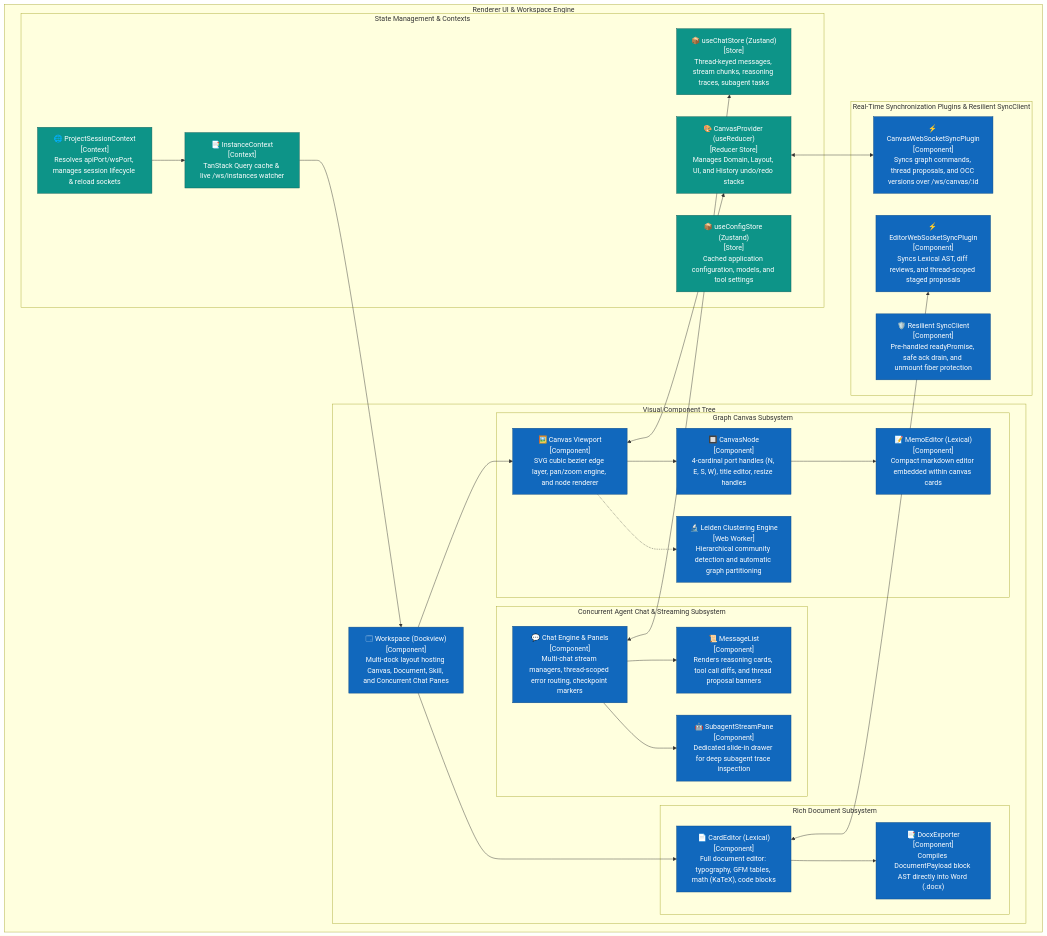
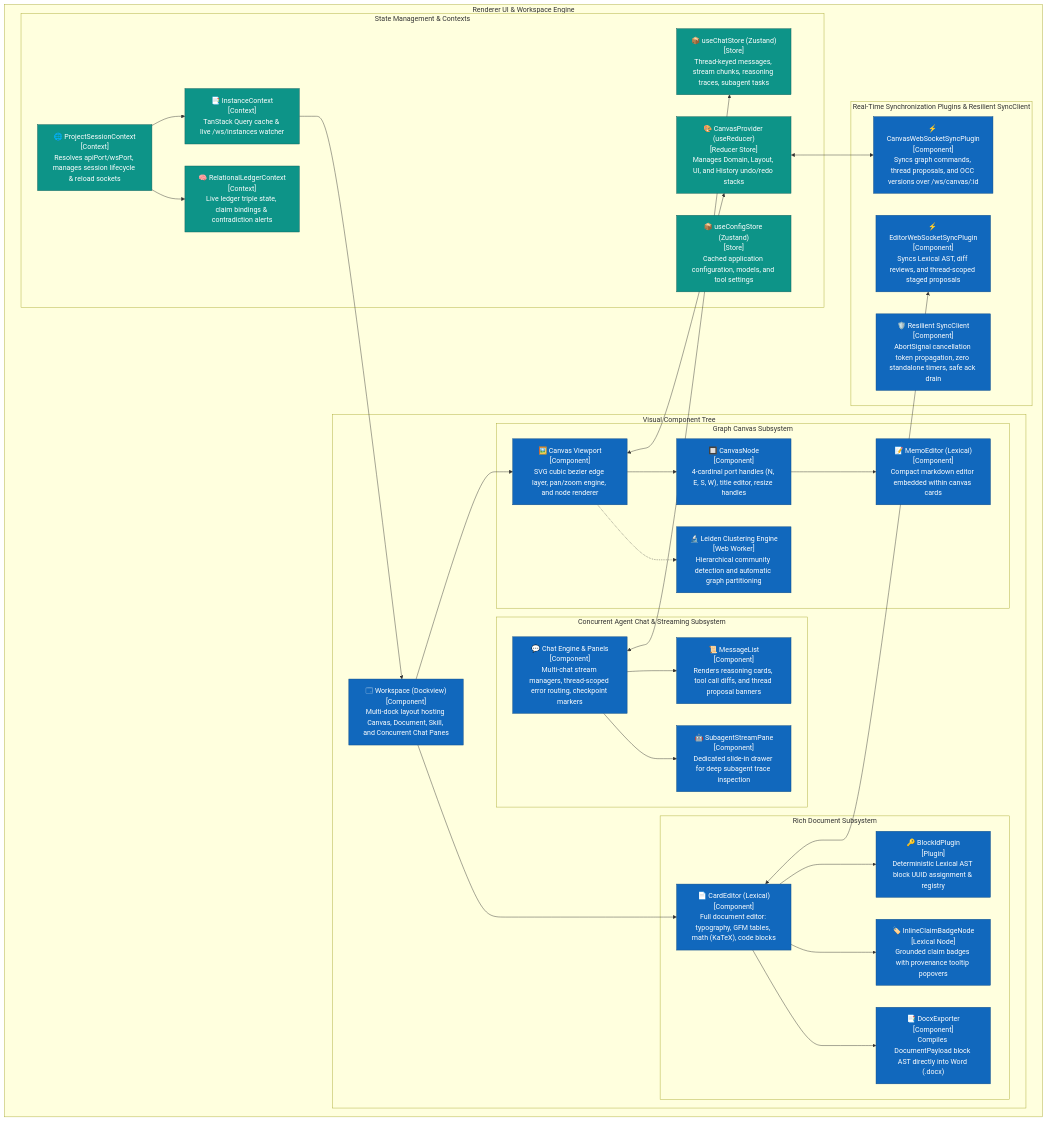
Before and after one commit to Goldwaterfung/Collaragent: the diagram in docs/design-catalog/c3-components/component-renderer-ui.mmd, drawn with Mermaid. The commit also changed 595 other files, not shown here.

Commit message:
ci: Refactor architecture to event-driven, eliminate hardcoded timeout

```diff
--- a/docs/design-catalog/c3-components/component-renderer-ui.mmd
+++ b/docs/design-catalog/c3-components/component-renderer-ui.mmd
@@ -1,61 +1,67 @@
 flowchart TB
     %% C3 Renderer UI Styling
     classDef component fill:#1168bd,stroke:#0b4884,color:#fff;
     classDef store fill:#0d9488,stroke:#115e59,color:#fff;
     classDef boundary fill:none,stroke:#94a3b8,stroke-width:2px,stroke-dasharray: 5 5;
 
     subgraph RendererWorkspaceBoundary ["Renderer UI & Workspace Engine"]
         
         subgraph StateLayer ["State Management & Contexts"]
             ChatStore["📦 useChatStore (Zustand)<br/>[Store]<br/>Thread-keyed messages, stream chunks, reasoning traces, subagent tasks"]:::store
             ConfigStore["📦 useConfigStore (Zustand)<br/>[Store]<br/>Cached application configuration, models, and tool settings"]:::store
             SessionCtx["🌐 ProjectSessionContext<br/>[Context]<br/>Resolves apiPort/wsPort, manages session lifecycle & reload sockets"]:::store
             InstanceCtx["📑 InstanceContext<br/>[Context]<br/>TanStack Query cache & live /ws/instances watcher"]:::store
+            RelationalLedgerCtx["🧠 RelationalLedgerContext<br/>[Context]<br/>Live ledger triple state, claim bindings & contradiction alerts"]:::store
             CanvasStore["🎨 CanvasProvider (useReducer)<br/>[Reducer Store]<br/>Manages Domain, Layout, UI, and History undo/redo stacks"]:::store
         end
 
         subgraph ViewLayer ["Visual Component Tree"]
             DockviewHost["🗔 Workspace (Dockview)<br/>[Component]<br/>Multi-dock layout hosting Canvas, Document, Skill, and Concurrent Chat Panes"]:::component
             
             subgraph CanvasView ["Graph Canvas Subsystem"]
                 CanvasViewport["🖼️ Canvas Viewport<br/>[Component]<br/>SVG cubic bezier edge layer, pan/zoom engine, and node renderer"]:::component
                 CanvasNodeComp["🔲 CanvasNode<br/>[Component]<br/>4-cardinal port handles (N, E, S, W), title editor, resize handles"]:::component
                 MemoEditor["📝 MemoEditor (Lexical)<br/>[Component]<br/>Compact markdown editor embedded within canvas cards"]:::component
                 LeidenWorker["🔬 Leiden Clustering Engine<br/>[Web Worker]<br/>Hierarchical community detection and automatic graph partitioning"]:::component
             end
             
             subgraph DocumentView ["Rich Document Subsystem"]
                 CardEditor["📄 CardEditor (Lexical)<br/>[Component]<br/>Full document editor: typography, GFM tables, math (KaTeX), code blocks"]:::component
+                BlockIdPlugin["🔑 BlockIdPlugin<br/>[Plugin]<br/>Deterministic Lexical AST block UUID assignment & registry"]:::component
+                ClaimBadgeNode["🏷️ InlineClaimBadgeNode<br/>[Lexical Node]<br/>Grounded claim badges with provenance tooltip popovers"]:::component
                 DocxExporter["📑 DocxExporter<br/>[Component]<br/>Compiles DocumentPayload block AST directly into Word (.docx)"]:::component
             end
 
             subgraph ChatView ["Concurrent Agent Chat & Streaming Subsystem"]
                 ChatEngine["💬 Chat Engine & Panels<br/>[Component]<br/>Multi-chat stream managers, thread-scoped error routing, checkpoint markers"]:::component
                 MessageListComp["📜 MessageList<br/>[Component]<br/>Renders reasoning cards, tool call diffs, and thread proposal banners"]:::component
                 SubagentPane["🤖 SubagentStreamPane<br/>[Component]<br/>Dedicated slide-in drawer for deep subagent trace inspection"]:::component
             end
         end
 
         subgraph SyncLayer ["Real-Time Synchronization Plugins & Resilient SyncClient"]
             CanvasSync["⚡ CanvasWebSocketSyncPlugin<br/>[Component]<br/>Syncs graph commands, thread proposals, and OCC versions over /ws/canvas/:id"]:::component
             EditorSync["⚡ EditorWebSocketSyncPlugin<br/>[Component]<br/>Syncs Lexical AST, diff reviews, and thread-scoped staged proposals"]:::component
-            ClientLifecycle["🛡️ Resilient SyncClient<br/>[Component]<br/>Pre-handled readyPromise, safe ack drain, and unmount fiber protection"]:::component
+            ClientLifecycle["🛡️ Resilient SyncClient<br/>[Component]<br/>AbortSignal cancellation token propagation, zero standalone timers, safe ack drain"]:::component
         end
     end
 
     SessionCtx --> InstanceCtx
+    SessionCtx --> RelationalLedgerCtx
     InstanceCtx --> DockviewHost
     DockviewHost --> CanvasViewport
     DockviewHost --> CardEditor
     CanvasViewport --> CanvasNodeComp
     CanvasNodeComp --> MemoEditor
     CanvasViewport -.-> LeidenWorker
     
+    CardEditor --> BlockIdPlugin
+    CardEditor --> ClaimBadgeNode
     CardEditor --> DocxExporter
     ChatEngine --> MessageListComp
     ChatEngine --> SubagentPane
     
     ChatEngine <--> ChatStore
     CanvasViewport <--> CanvasStore
     CanvasStore <--> CanvasSync
     CardEditor <--> EditorSync
```
